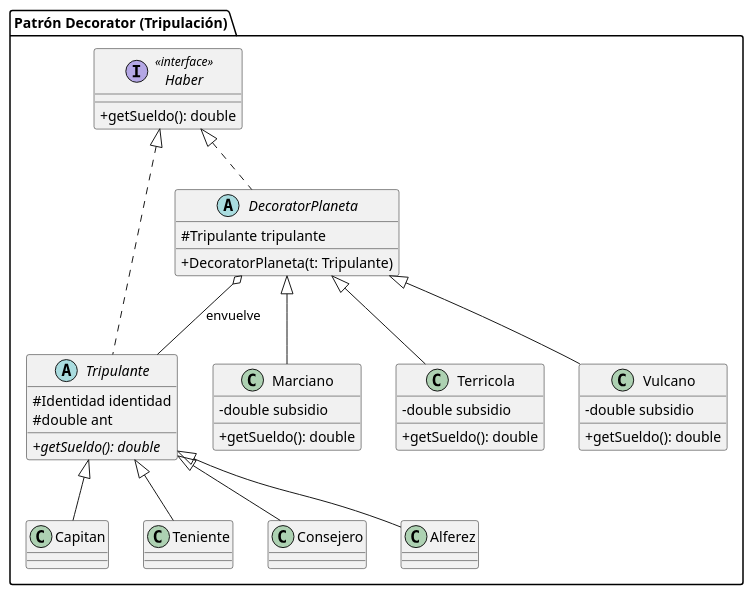
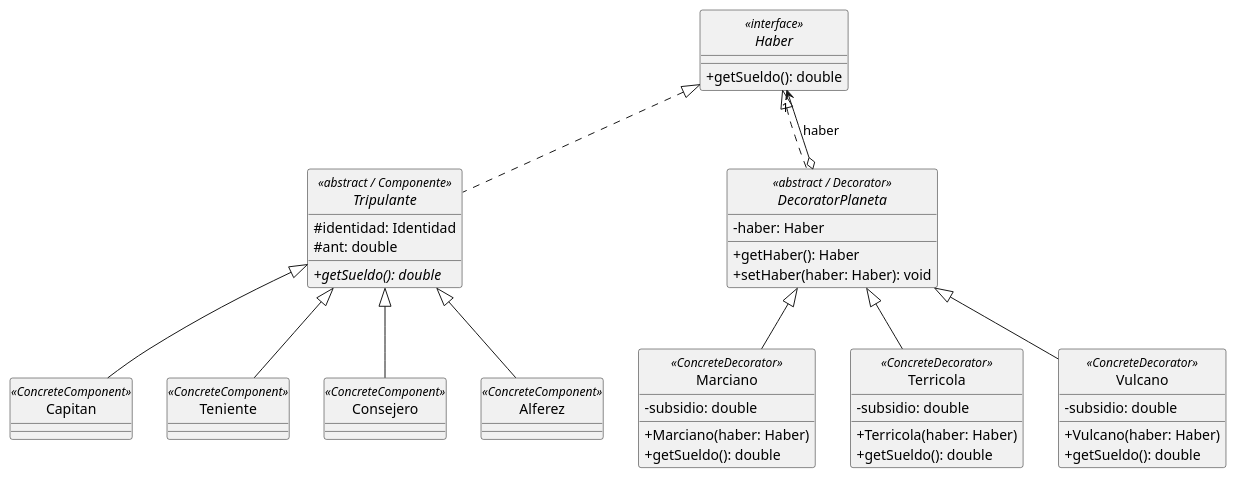
The diagram in uml_decoretor.puml (urielaristegui/TP-prograC-grupo-12), drawn with PlantUML before and after one commit. The commit also changed 8 other files, not shown here.

```diff
--- a/uml_decoretor.puml
+++ b/uml_decoretor.puml
@@ -1,40 +1,46 @@
 @startuml
 skinparam classAttributeIconSize 0
+skinparam monochrome false
+skinparam style strictuml
 
-package "Patrón Decorator (Tripulación)" {
-    interface Haber <<interface>> {
-        + getSueldo(): double
-    }
-
-    abstract class Tripulante implements Haber {
-        # Identidad identidad
-        # double ant
-        + {abstract} getSueldo(): double
-    }
-
-    abstract class DecoratorPlaneta implements Haber {
-        # Tripulante tripulante
-        + DecoratorPlaneta(t: Tripulante)
-    }
-
-    class Marciano extends DecoratorPlaneta {
-        - double subsidio
-        + getSueldo(): double
-    }
-    class Terricola extends DecoratorPlaneta {
-        - double subsidio
-        + getSueldo(): double
-    }
-    class Vulcano extends DecoratorPlaneta {
-        - double subsidio
-        + getSueldo(): double
-    }
-
-    class Capitan extends Tripulante
-    class Teniente extends Tripulante
-    class Consejero extends Tripulante
-    class Alferez extends Tripulante
+interface Haber <<interface>> {
+    + getSueldo(): double
 }
 
-DecoratorPlaneta o-- Tripulante : envuelve
+abstract class Tripulante <<abstract / Componente>> implements Haber {
+    # identidad: Identidad
+    # ant: double
+    + {abstract} getSueldo(): double
+}
+
+abstract class DecoratorPlaneta <<abstract / Decorator>> implements Haber {
+    - haber: Haber
+    + getHaber(): Haber
+    + setHaber(haber: Haber): void
+}
+
+class Marciano <<ConcreteDecorator>> extends DecoratorPlaneta {
+    - subsidio: double
+    + Marciano(haber: Haber)
+    + getSueldo(): double
+}
+
+class Terricola <<ConcreteDecorator>> extends DecoratorPlaneta {
+    - subsidio: double
+    + Terricola(haber: Haber)
+    + getSueldo(): double
+}
+
+class Vulcano <<ConcreteDecorator>> extends DecoratorPlaneta {
+    - subsidio: double
+    + Vulcano(haber: Haber)
+    + getSueldo(): double
+}
+
+class Capitan <<ConcreteComponent>> extends Tripulante
+class Teniente <<ConcreteComponent>> extends Tripulante
+class Consejero <<ConcreteComponent>> extends Tripulante
+class Alferez <<ConcreteComponent>> extends Tripulante
+
+DecoratorPlaneta o--> "1" Haber : haber
 @enduml
```
